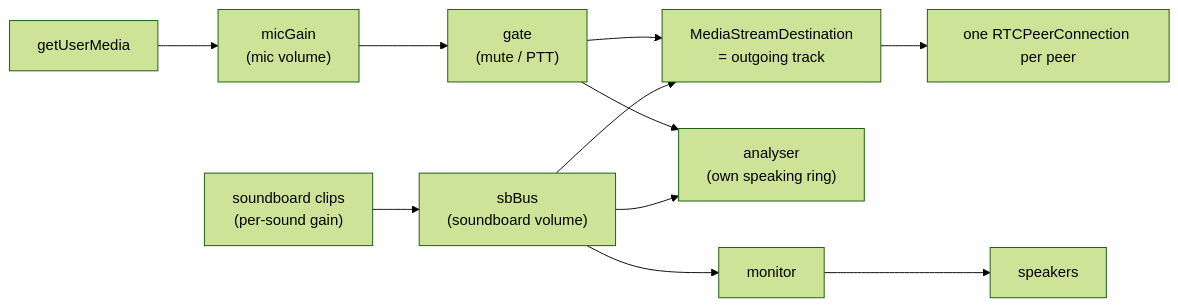
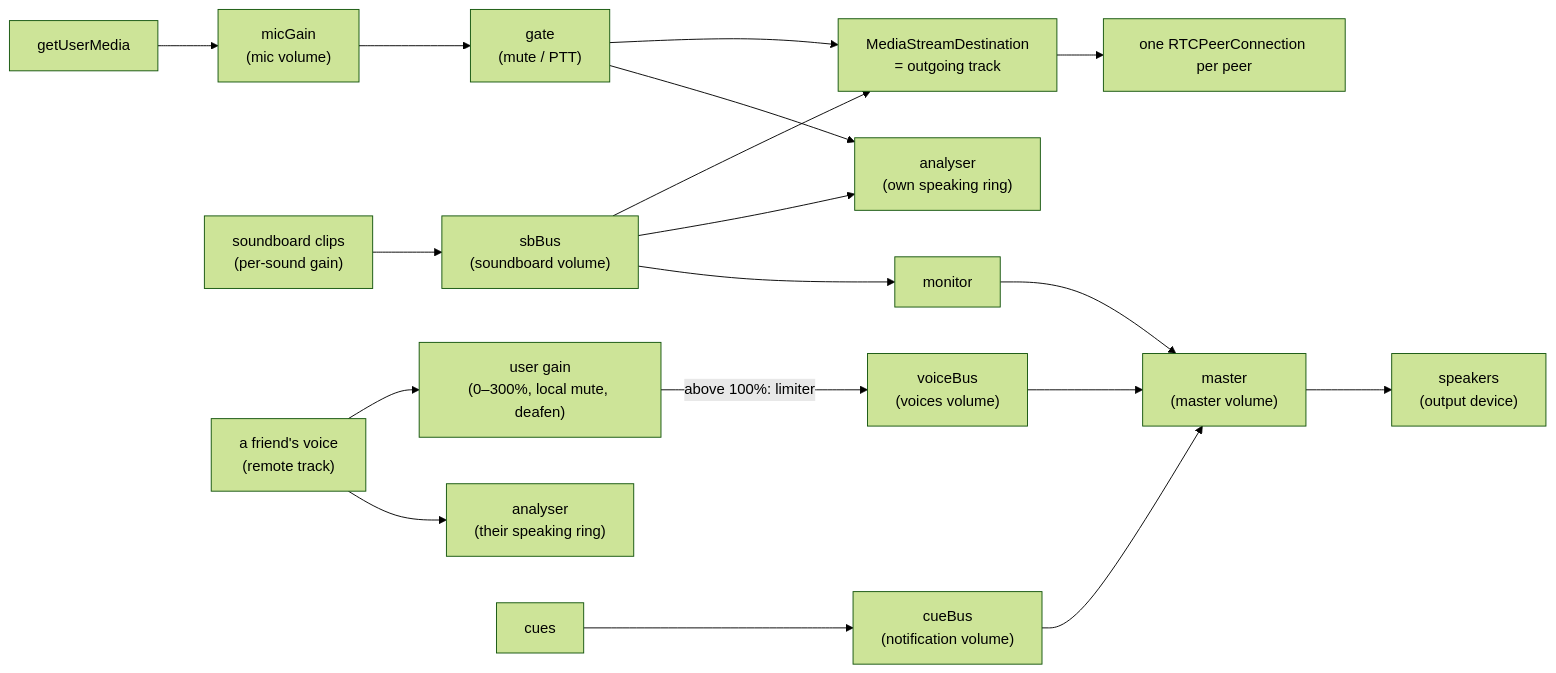
Before and after one commit to nickolaiposs/friendspeak: the second of 2 diagrams in docs/ARCHITECTURE.md, drawn with Mermaid (forest theme). The commit also changed other lines of this file and 6 other files, not shown here.

First line of the commit message:
Master volume, per-user boost and mute, and mute/deafen shortcuts

````diff
--- a/docs/ARCHITECTURE.md
+++ b/docs/ARCHITECTURE.md
@@ -228,11 +228,15 @@
 ```mermaid
 flowchart LR
   Mic["getUserMedia"] --> MicGain["micGain<br/>(mic volume)"] --> Gate["gate<br/>(mute / PTT)"]
   Gate --> Out["MediaStreamDestination<br/>= outgoing track"]
   Gate --> SelfA["analyser<br/>(own speaking ring)"]
   SB["soundboard clips<br/>(per-sound gain)"] --> Bus["sbBus<br/>(soundboard volume)"]
   Bus --> Out
   Bus --> SelfA
-  Bus --> Mon["monitor"] --> Speakers["speakers"]
+  Bus --> Mon["monitor"] --> Master["master<br/>(master volume)"] --> Speakers["speakers<br/>(output device)"]
   Out --> PCs["one RTCPeerConnection per peer"]
+  Remote["a friend's voice<br/>(remote track)"] --> UserGain["user gain<br/>(0–300%, local mute, deafen)"]
+  Remote --> PeerA["analyser<br/>(their speaking ring)"]
+  UserGain -- "above 100%: limiter" --> VoiceBus["voiceBus<br/>(voices volume)"] --> Master
+  Cues["cues"] --> CueBus["cueBus<br/>(notification volume)"] --> Master
 ```
````
